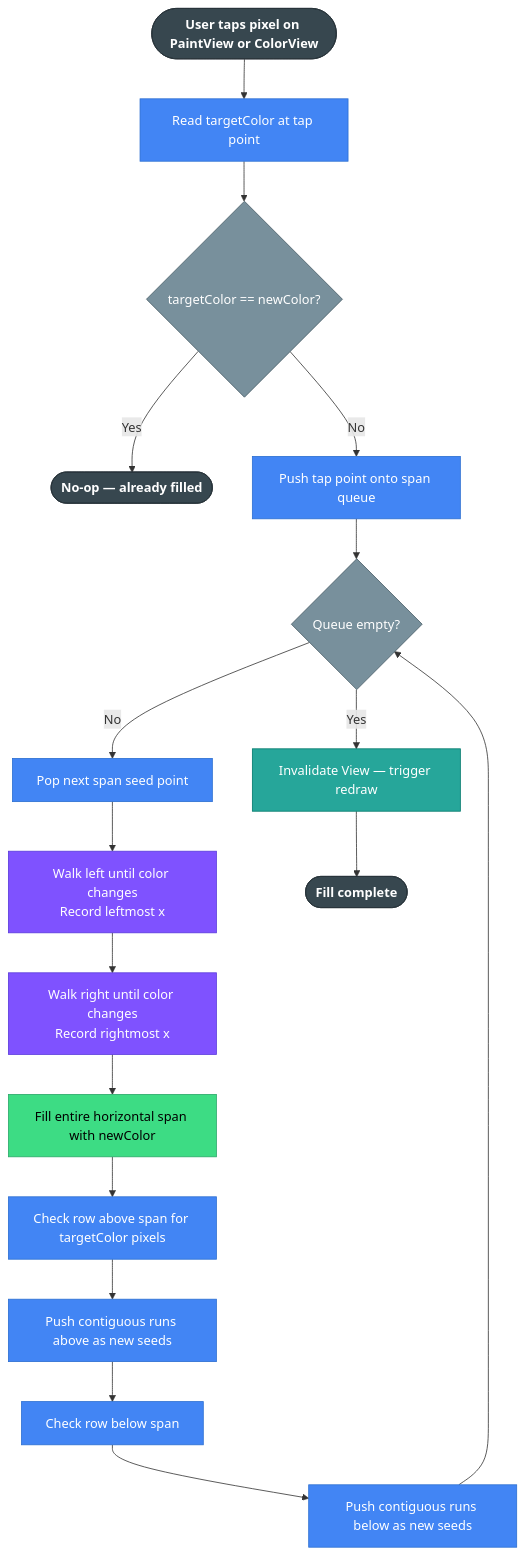
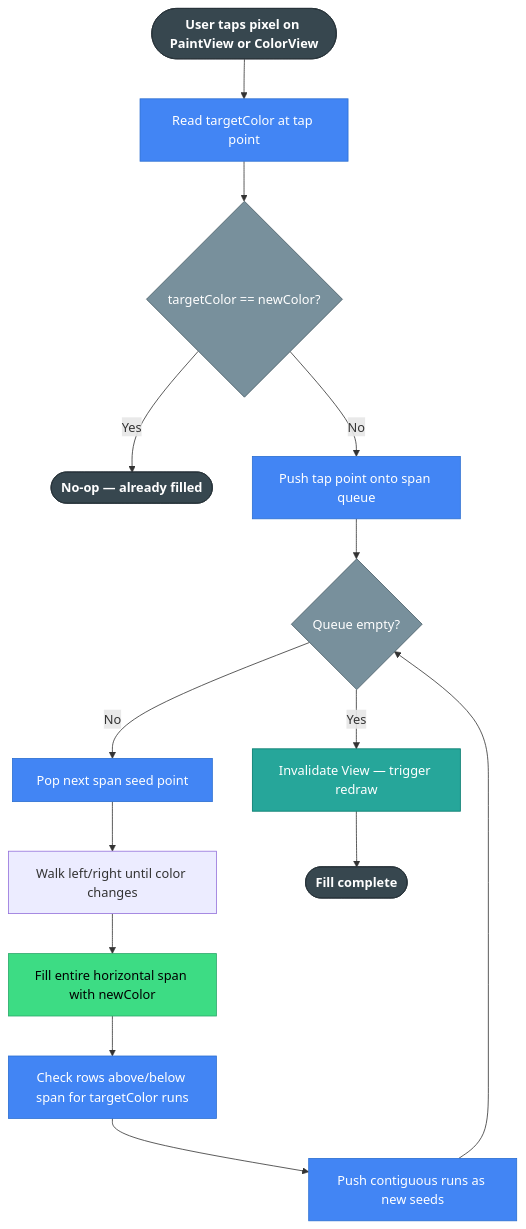
Before and after one commit to PRADEEPERIYASAMY/funlearn_app: the third of 5 diagrams in README.md, drawn with Mermaid. The commit also changed other lines of this file, not shown here.

````diff
--- a/README.md
+++ b/README.md
@@ -901,41 +331,34 @@
 ```mermaid
 flowchart TD
     TOUCH([User taps pixel on PaintView or ColorView])
     READ[Read targetColor at tap point]
     SAME{targetColor == newColor?}
     END([No-op — already filled])
     INIT[Push tap point onto span queue]
     LOOP{Queue empty?}
     POP[Pop next span seed point]
-    SCAN_LEFT["Walk left until color changes\nRecord leftmost x"]
-    SCAN_RIGHT["Walk right until color changes\nRecord rightmost x"]
+    SCAN["Walk left/right until color changes"]
     FILL[Fill entire horizontal span with newColor]
-    CHECK_ABOVE[Check row above span for targetColor pixels]
-    QUEUE_ABOVE[Push contiguous runs above as new seeds]
-    CHECK_BELOW[Check row below span]
-    QUEUE_BELOW[Push contiguous runs below as new seeds]
+    CHECK[Check rows above/below span for targetColor runs]
+    QUEUE[Push contiguous runs as new seeds]
     INVALIDATE[Invalidate View — trigger redraw]
     END2([Fill complete])
 
     TOUCH --> READ --> SAME
     SAME -->|Yes| END
     SAME -->|No| INIT --> LOOP
-    LOOP -->|No| POP
-    POP --> SCAN_LEFT --> SCAN_RIGHT --> FILL
-    FILL --> CHECK_ABOVE --> QUEUE_ABOVE --> CHECK_BELOW --> QUEUE_BELOW --> LOOP
+    LOOP -->|No| POP --> SCAN --> FILL --> CHECK --> QUEUE --> LOOP
     LOOP -->|Yes| INVALIDATE --> END2
 
     classDef terminal fill:#37474F,stroke:#263238,color:#fff,font-weight:bold
     classDef decision fill:#78909C,stroke:#455A64,color:#fff
     classDef process fill:#4285F4,stroke:#2c6fd1,color:#fff
-    classDef scan fill:#7F52FF,stroke:#5a3adb,color:#fff
     classDef fill fill:#3DDC84,stroke:#2ba86a,color:#000
     classDef done fill:#26A69A,stroke:#00796B,color:#fff
 
     class TOUCH,END,END2 terminal
     class SAME,LOOP decision
-    class READ,INIT,POP,CHECK_ABOVE,CHECK_BELOW,QUEUE_ABOVE,QUEUE_BELOW process
-    class SCAN_LEFT,SCAN_RIGHT scan
+    class READ,INIT,POP,CHECK,QUEUE process
     class FILL fill
     class INVALIDATE done
 ```
````
